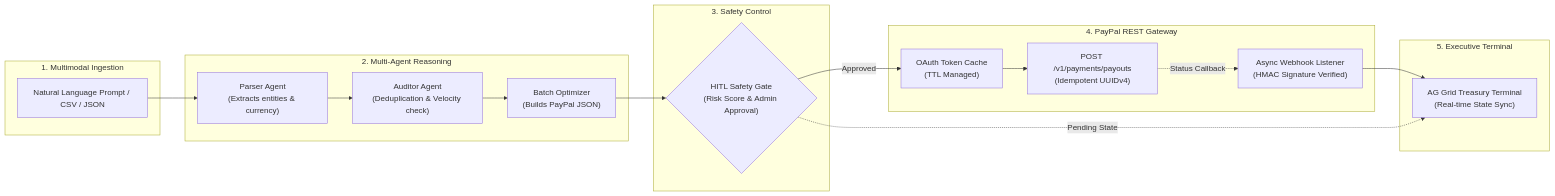
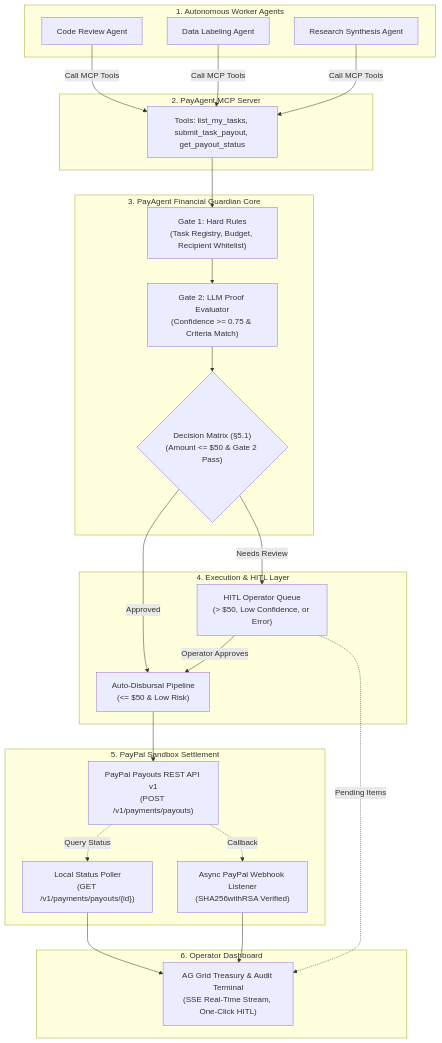
The second of 6 diagrams in HACKATHON_RESEARCH.md (samikshasainii/PayAgent-ai), drawn with Mermaid before and after one commit. The commit also changed other lines of this file and 23 other files, not shown here.

````diff
--- a/HACKATHON_RESEARCH.md
+++ b/HACKATHON_RESEARCH.md
@@ -97,32 +104,46 @@
 ```mermaid
-flowchart LR
-    subgraph Ingestion ["1. Multimodal Ingestion"]
-        Prompt["Natural Language Prompt / CSV / JSON"]
+flowchart TD
+    subgraph Swarm ["1. Autonomous Worker Agents"]
+        Worker1["Code Review Agent"]
+        Worker2["Data Labeling Agent"]
+        Worker3["Research Synthesis Agent"]
     end
 
-    subgraph Intelligence ["2. Multi-Agent Reasoning"]
-        Parser["Parser Agent\n(Extracts entities & currency)"]
-        Auditor["Auditor Agent\n(Deduplication & Velocity check)"]
-        Optimizer["Batch Optimizer\n(Builds PayPal JSON)"]
+    subgraph GuardianMCP ["2. PayAgent MCP Server"]
+        MCPTools["Tools: list_my_tasks, submit_task_payout, get_payout_status"]
     end
 
-    subgraph Gate ["3. Safety Control"]
-        HITL{"HITL Safety Gate\n(Risk Score & Admin Approval)"}
+    subgraph Guardian ["3. PayAgent Financial Guardian Core"]
+        Gate1["Gate 1: Hard Rules\n(Task Registry, Budget, Recipient Whitelist)"]
+        Gate2["Gate 2: LLM Proof Evaluator\n(Confidence >= 0.75 & Criteria Match)"]
+        Decision{"Decision Matrix (§5.1)\n(Amount <= $50 & Gate 2 Pass)"}
     end
 
-    subgraph Execution ["4. PayPal REST Gateway"]
-        OAuthCache["OAuth Token Cache\n(TTL Managed)"]
-        PayoutsAPI["POST /v1/payments/payouts\n(Idempotent UUIDv4)"]
-        Webhook["Async Webhook Listener\n(HMAC Signature Verified)"]
+    subgraph GateLayer ["4. Execution & HITL Layer"]
+        AutoClear["Auto-Disbursal Pipeline\n(<= $50 & Low Risk)"]
+        HITL["HITL Operator Queue\n(> $50, Low Confidence, or Error)"]
     end
 
-    subgraph UI ["5. Executive Terminal"]
-        AGGrid["AG Grid Treasury Terminal\n(Real-time State Sync)"]
+    subgraph PayPalSettlement ["5. PayPal Sandbox Settlement"]
+        PayPalPayouts["PayPal Payouts REST API v1\n(POST /v1/payments/payouts)"]
+        LocalPoller["Local Status Poller\n(GET /v1/payments/payouts/{id})"]
+        Webhook["Async PayPal Webhook Listener\n(SHA256withRSA Verified)"]
     end
 
-    Prompt --> Parser --> Auditor --> Optimizer --> HITL
-    HITL -- Approved --> OAuthCache --> PayoutsAPI
-    PayoutsAPI -. Status Callback .-> Webhook
-    Webhook --> AGGrid
-    HITL -. Pending State .-> AGGrid
+    subgraph UI ["6. Operator Dashboard"]
+        AGGrid["AG Grid Treasury & Audit Terminal\n(SSE Real-Time Stream, One-Click HITL)"]
+    end
+
+    Worker1 & Worker2 & Worker3 -->|Call MCP Tools| MCPTools
+    MCPTools --> Gate1
+    Gate1 --> Gate2
+    Gate2 --> Decision
+    Decision -- Approved --> AutoClear
+    Decision -- Needs Review --> HITL
+    HITL -- Operator Approves --> AutoClear
+    AutoClear --> PayPalPayouts
+    PayPalPayouts -. Query Status .-> LocalPoller
+    PayPalPayouts -. Callback .-> Webhook
+    LocalPoller & Webhook --> AGGrid
+    HITL -. Pending Items .-> AGGrid
 ```
````
